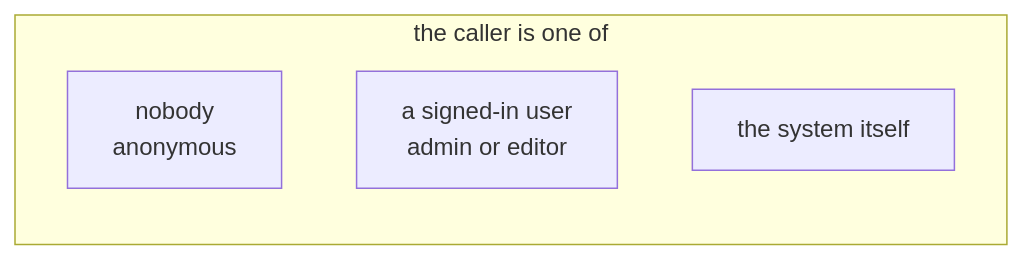
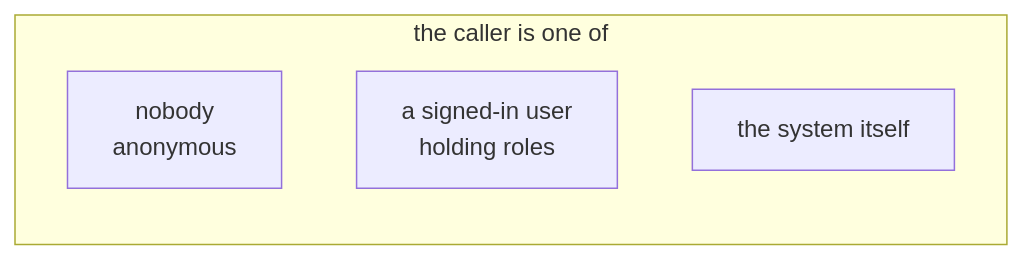
The sixth of 19 diagrams in docs/map.md (publr-org/publr), drawn with Mermaid before and after one commit. The commit also changed other lines of this file and 253 other files, not shown here.

````diff
--- a/docs/map.md
+++ b/docs/map.md
@@ -77,8 +77,8 @@
 ```mermaid
 flowchart LR
     subgraph callers [the caller is one of]
         N[nobody<br/>anonymous]
-        U[a signed-in user<br/>admin or editor]
+        U[a signed-in user<br/>holding roles]
         S[the system itself]
     end
 ```
````
